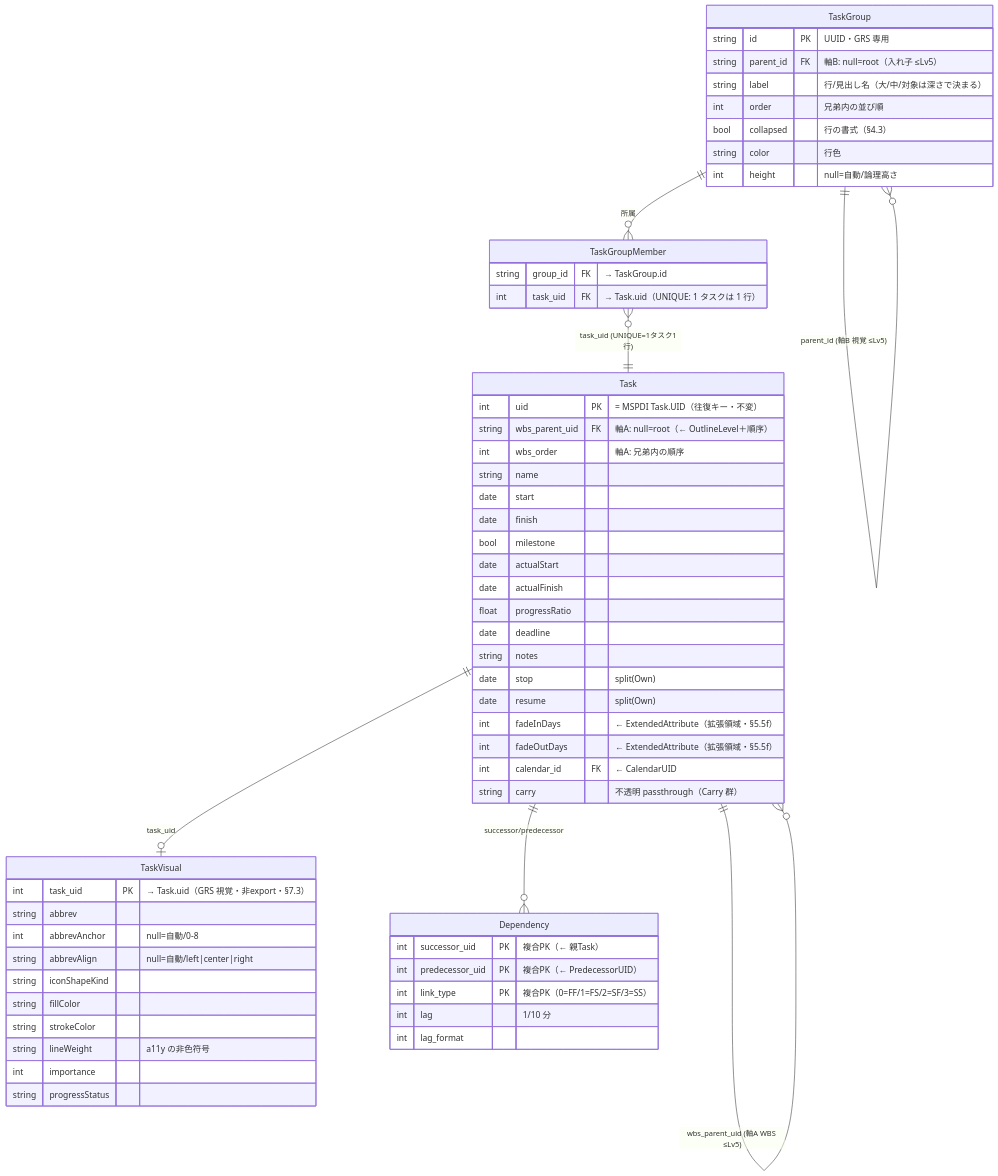
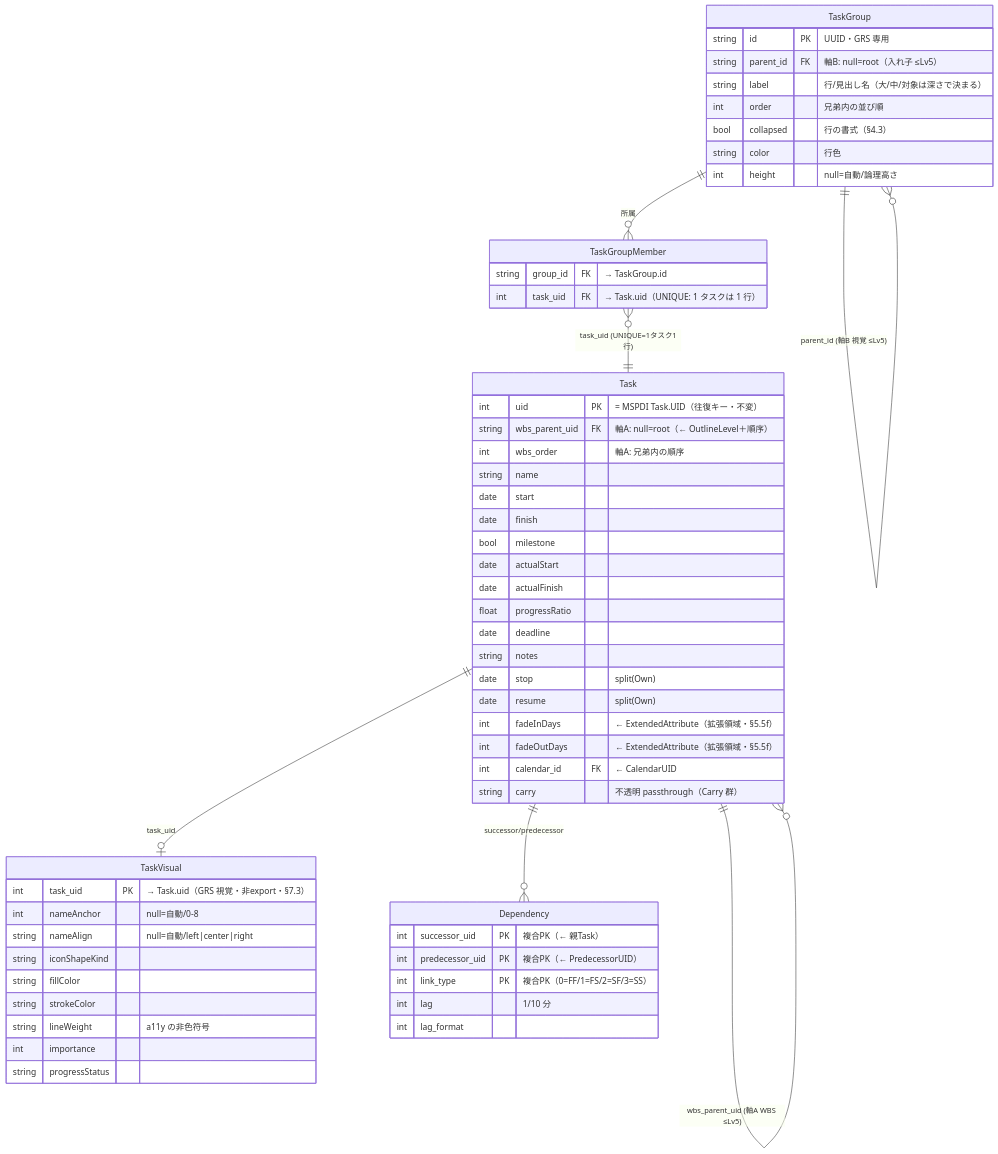
Before and after one commit to GoodRelax/gr-scheduler: the second of 2 diagrams in handover/02-data-model/grs-data-model-ja.md, drawn with Mermaid. The commit also changed other lines of this file and 9 other files, not shown here.

````diff
--- a/handover/02-data-model/grs-data-model-ja.md
+++ b/handover/02-data-model/grs-data-model-ja.md
@@ -35,62 +35,61 @@
 ```mermaid
 erDiagram
     Task ||--o{ Task : "wbs_parent_uid (軸A WBS ≤Lv5)"
     TaskGroup ||--o{ TaskGroup : "parent_id (軸B 視覚 ≤Lv5)"
     TaskGroup ||--o{ TaskGroupMember : "所属"
     TaskGroupMember }o--|| Task : "task_uid (UNIQUE=1タスク1行)"
     Task ||--o| TaskVisual : "task_uid"
     Task ||--o{ Dependency : "successor/predecessor"
 
     Task {
         int uid PK "= MSPDI Task.UID（往復キー・不変）"
         string wbs_parent_uid FK "軸A: null=root（← OutlineLevel＋順序）"
         int wbs_order "軸A: 兄弟内の順序"
         string name
         date start
         date finish
         bool milestone
         date actualStart
         date actualFinish
         float progressRatio
         date deadline
         string notes
         date stop "split(Own)"
         date resume "split(Own)"
         int fadeInDays "← ExtendedAttribute（拡張領域・§5.5f）"
         int fadeOutDays "← ExtendedAttribute（拡張領域・§5.5f）"
         int calendar_id FK "← CalendarUID"
         string carry "不透明 passthrough（Carry 群）"
     }
     TaskGroup {
         string id PK "UUID・GRS 専用"
         string parent_id FK "軸B: null=root（入れ子 ≤Lv5）"
         string label "行/見出し名（大/中/対象は深さで決まる）"
         int order "兄弟内の並び順"
         bool collapsed "行の書式（§4.3）"
         string color "行色"
         int height "null=自動/論理高さ"
     }
     TaskGroupMember {
         string group_id FK "→ TaskGroup.id"
         int task_uid FK "→ Task.uid（UNIQUE: 1 タスクは 1 行）"
     }
     TaskVisual {
         int task_uid PK "→ Task.uid（GRS 視覚・非export・§7.3）"
-        string abbrev
-        int abbrevAnchor "null=自動/0-8"
-        string abbrevAlign "null=自動/left|center|right"
+        int nameAnchor "null=自動/0-8"
+        string nameAlign "null=自動/left|center|right"
         string iconShapeKind
         string fillColor
         string strokeColor
         string lineWeight "a11y の非色符号"
         int importance
         string progressStatus
     }
     Dependency {
         int successor_uid PK "複合PK（← 親Task）"
         int predecessor_uid PK "複合PK（← PredecessorUID）"
         int link_type PK "複合PK（0=FF/1=FS/2=SF/3=SS）"
         int lag "1/10 分"
         int lag_format
     }
 ```
````
